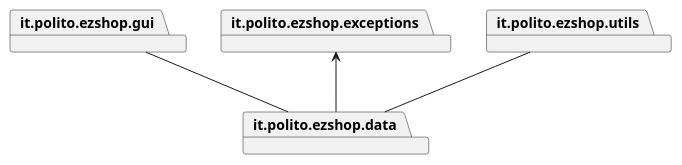
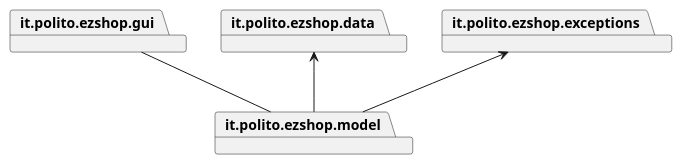
One commit to Stormz4/group20-EzShop changed the first of 23 diagrams in Deliverables/DesignDocument.md. Above: the diagram before and after it, drawn with PlantUML. The commit also changed other lines of this file, not shown here.

````diff
--- a/Deliverables/DesignDocument.md
+++ b/Deliverables/DesignDocument.md
@@ -38,11 +36,11 @@
 ```plantuml
 @startuml
 package it.polito.ezshop.gui
+package it.polito.ezshop.model
 package it.polito.ezshop.data
 package it.polito.ezshop.exceptions
-package it.polito.ezshop.utils
-it.polito.ezshop.gui -- it.polito.ezshop.data
-it.polito.ezshop.exceptions <-- it.polito.ezshop.data
-it.polito.ezshop.utils -- it.polito.ezshop.data
+it.polito.ezshop.gui -- it.polito.ezshop.model
+it.polito.ezshop.exceptions <-- it.polito.ezshop.model
+it.polito.ezshop.data <-- it.polito.ezshop.model
 @enduml
 ```
````
